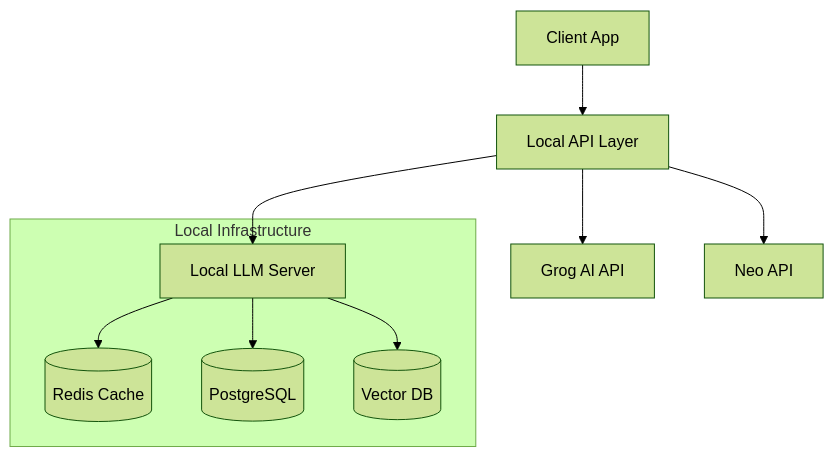
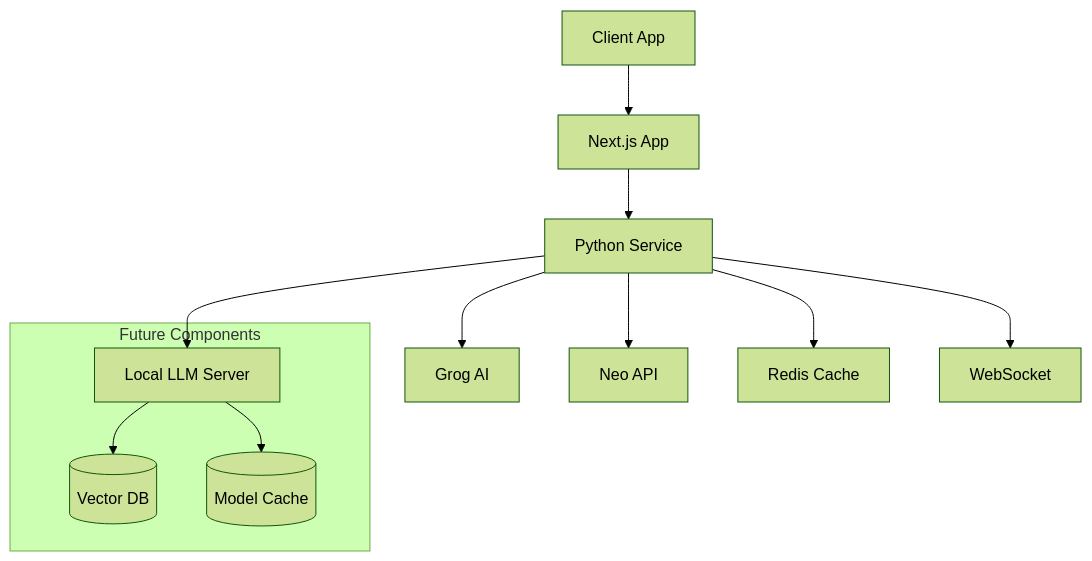
The second of 2 diagrams in docs/API.md (p0staltomsk/project9), drawn with Mermaid (forest theme) before and after one commit. The commit also changed other lines of this file and 18 other files, not shown here.

Commit message:
unit tests for service passed and docker integration tests passed colab with fron client ok stable

````diff
--- a/docs/API.md
+++ b/docs/API.md
@@ -10,13 +86,15 @@
 ```mermaid
 graph TD
-    Client[Client App] --> LocalAPI[Local API Layer]
-    LocalAPI --> LocalLLM[Local LLM Server]
-    LocalAPI --> GrogAPI[Grog AI API]
-    LocalAPI --> NeoAPI[Neo API]
+    Client[Client App] --> NextJS[Next.js App]
+    NextJS --> SERVICE[Python Service]
+    SERVICE --> GrogAPI[Grog AI]
+    SERVICE --> NeoAPI[Neo API]
+    SERVICE --> LocalLLM[Local LLM Server]
+    SERVICE --> Redis[Redis Cache]
+    SERVICE --> WebSocket[WebSocket]
     
-    subgraph "Local Infrastructure"
-        LocalLLM --> Redis[(Redis Cache)]
-        LocalLLM --> PostgreSQL[(PostgreSQL)]
+    subgraph "Future Components"
         LocalLLM --> VectorDB[(Vector DB)]
+        LocalLLM --> ModelCache[(Model Cache)]
     end
 ```
````
